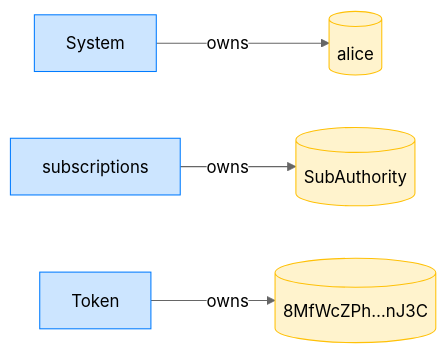
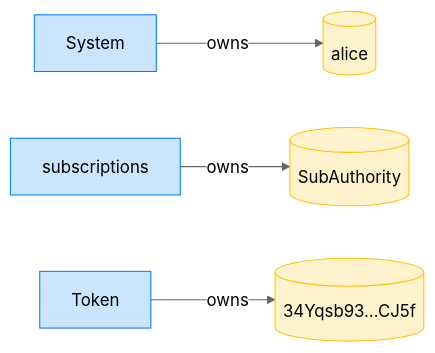
One commit to cds-rs/subscriptions changed the fourth of 16 diagrams in dsl_tests/a-sponsor-can-revoke-a-subscription-once-the-plan-ended.md. Above: the diagram before and after it, drawn with Mermaid (neutral theme). The commit also changed other lines of this file and 224 other files, not shown here.

````diff
--- a/dsl_tests/a-sponsor-can-revoke-a-subscription-once-the-plan-ended.md
+++ b/dsl_tests/a-sponsor-can-revoke-a-subscription-once-the-plan-ended.md
@@ -73,14 +78,14 @@
 ```mermaid
 flowchart LR
     classDef owner fill:#cce5ff,stroke:#007bff;
     classDef account fill:#fff3cd,stroke:#ffc107;
     System[System]:::owner
     alice[(alice)]:::account
     subscriptions[subscriptions]:::owner
     SubAuthority[(SubAuthority)]:::account
     Token[Token]:::owner
-    8MfWcZPh_nJ3C[("8MfWcZPh…nJ3C")]:::account
+    34Yqsb93_CJ5f[("34Yqsb93…CJ5f")]:::account
     System -->|owns| alice
     subscriptions -->|owns| SubAuthority
-    Token -->|owns| 8MfWcZPh_nJ3C
+    Token -->|owns| 34Yqsb93_CJ5f
 ```
````
